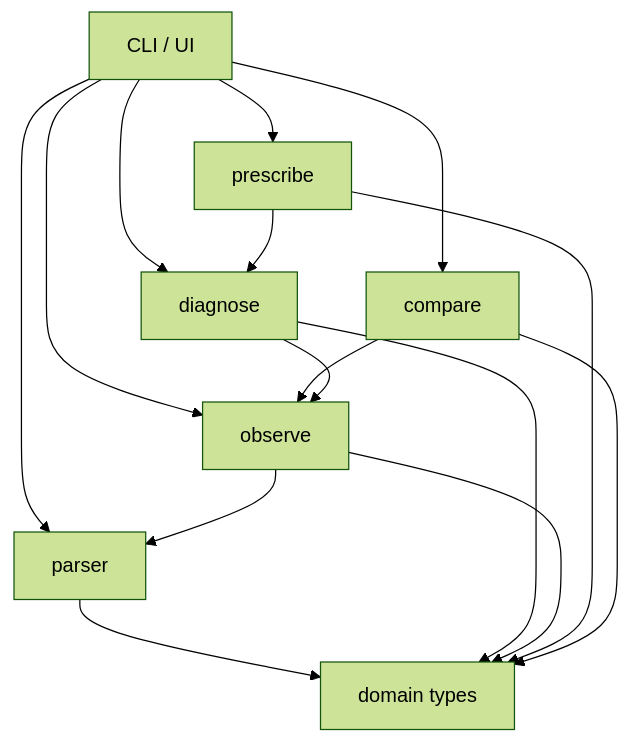
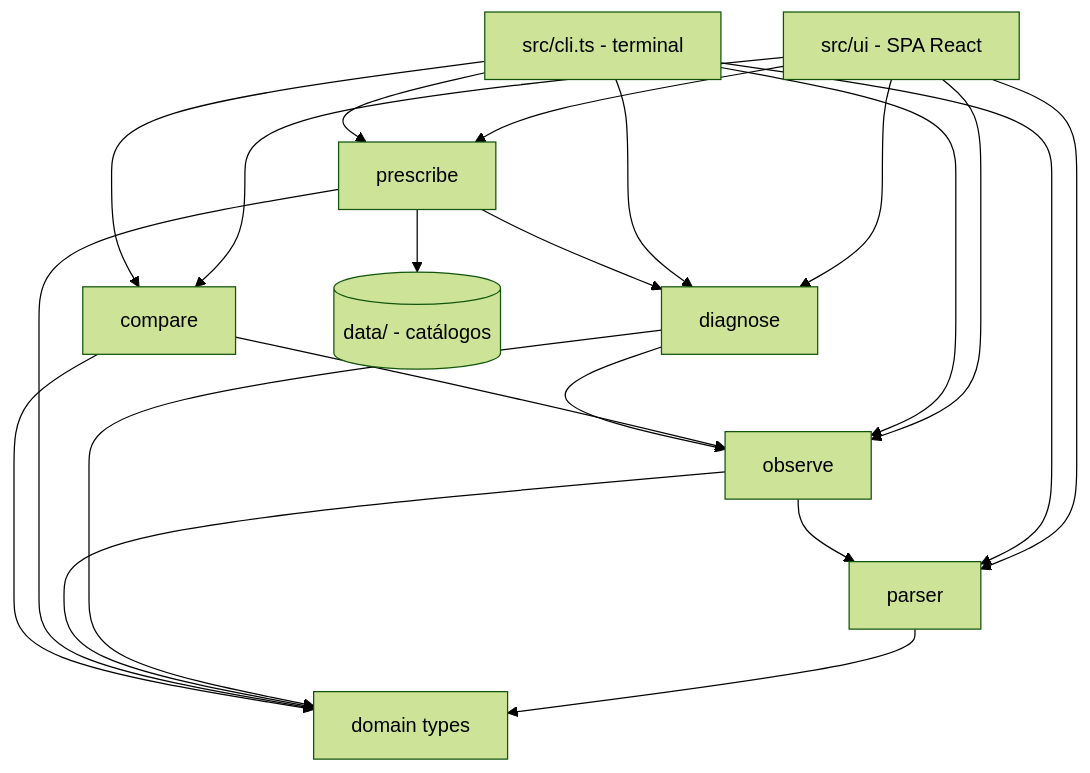
The first of 2 diagrams in docs/architecture.md (HeitorM50/OsBiruBob), drawn with Mermaid (forest theme) before and after one commit. The commit also changed other lines of this file and 21 other files, not shown here.

````diff
--- a/docs/architecture.md
+++ b/docs/architecture.md
@@ -154,27 +301,36 @@
 ```mermaid
 graph TD
-    CLI[CLI / UI]
+    UI[src/ui - SPA React]
+    CLI[src/cli.ts - terminal]
     CMP[compare]
     PRE[prescribe]
     DGN[diagnose]
     OBS[observe]
     PAR[parser]
     DOM[domain types]
+    CAT[(data/ - catálogos)]
+
+    UI --> CMP
+    UI --> PRE
+    UI --> DGN
+    UI --> OBS
+    UI --> PAR
 
     CLI --> CMP
     CLI --> PRE
     CLI --> DGN
     CLI --> OBS
     CLI --> PAR
 
     CMP --> OBS
     PRE --> DGN
+    PRE --> CAT
     DGN --> OBS
     OBS --> PAR
     PAR --> DOM
 
     DGN --> DOM
     OBS --> DOM
     PRE --> DOM
     CMP --> DOM
 ```
````
